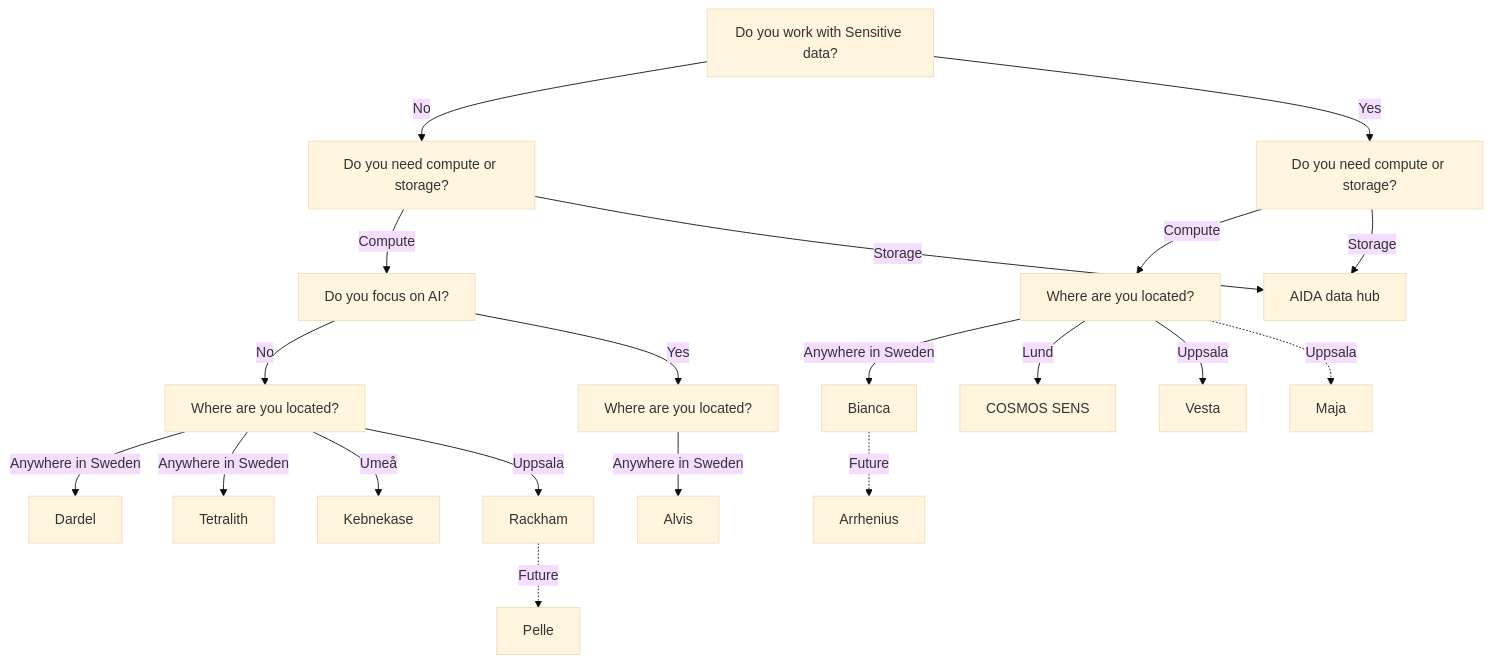
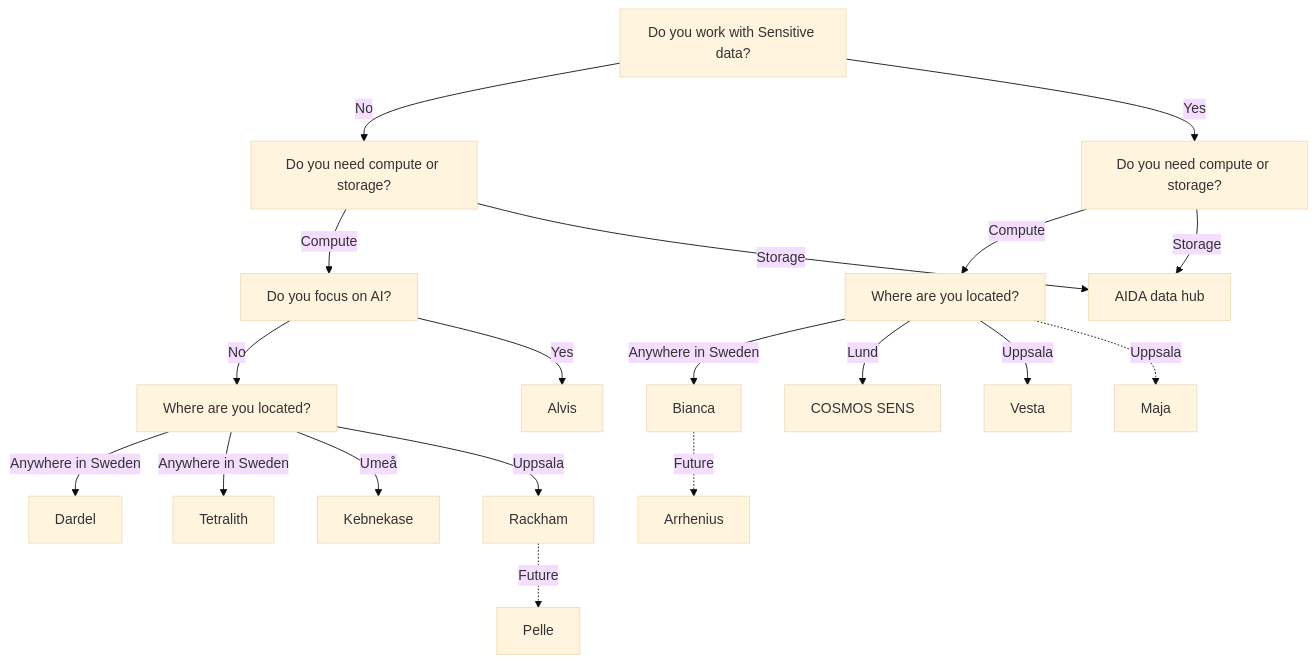
Before and after one commit to NBISweden/SCoRe_user_doc: the diagram in docs/resources.md, drawn with Mermaid (base theme).

Commit message:
Use Alvis for AI

````diff
--- a/docs/resources.md
+++ b/docs/resources.md
@@ -30,49 +30,46 @@
 ```mermaid
 flowchart TD
   sensitive_data[Do you work with Sensitive data?]
   compute[Do you need compute or storage?]
   compute_ai[Do you focus on AI?]
 
   sens_compute[Do you need compute or storage?]
   sens_compute_location[Where are you located?]
   compute_location[Where are you located?]
-  compute_ai_location[Where are you located?]
 
   aida_data_hub[AIDA data hub]
   alvis[Alvis]
   arrhenius[Arrhenius]
   bianca[Bianca]
   cosmos_sens[COSMOS SENS]
   dardel[Dardel]
   maja[Maja]
   rackham[Rackham]
   pelle[Pelle]
   tetralith[Tetralith]
   vesta[Vesta]
 
   sensitive_data --> |No| compute
   sensitive_data --> |Yes| sens_compute
 
   sens_compute --> |Compute| sens_compute_location
   sens_compute --> |Storage| aida_data_hub
 
   compute --> |Compute| compute_ai
   compute --> |Storage| aida_data_hub
 
   compute_ai --> |No| compute_location
-  compute_ai --> |Yes| compute_ai_location
+  compute_ai --> |Yes| alvis
 
   compute_location --> |Anywhere in Sweden| dardel
   compute_location --> |Anywhere in Sweden| tetralith
   compute_location --> |Umeå| Kebnekase
   compute_location --> |Uppsala| rackham
   rackham -.-> |Future| pelle
 
-  compute_ai_location --> |Anywhere in Sweden| alvis
-
   sens_compute_location --> |Anywhere in Sweden| bianca
   sens_compute_location --> |Lund| cosmos_sens
   sens_compute_location --> |Uppsala| vesta
   sens_compute_location -.-> |Uppsala| maja
   bianca -.-> |Future| arrhenius
 ```
````
